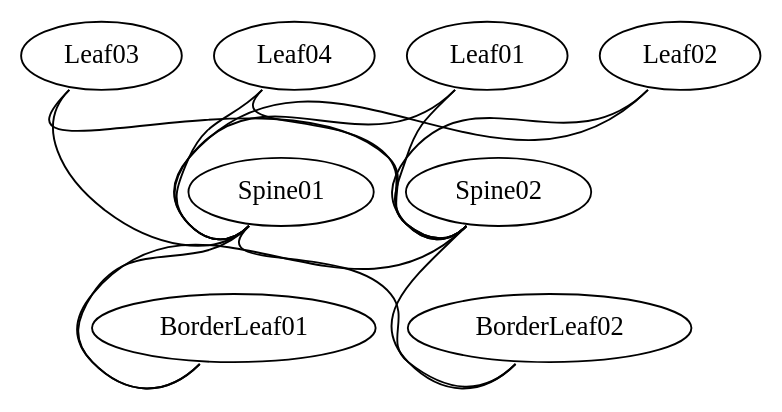
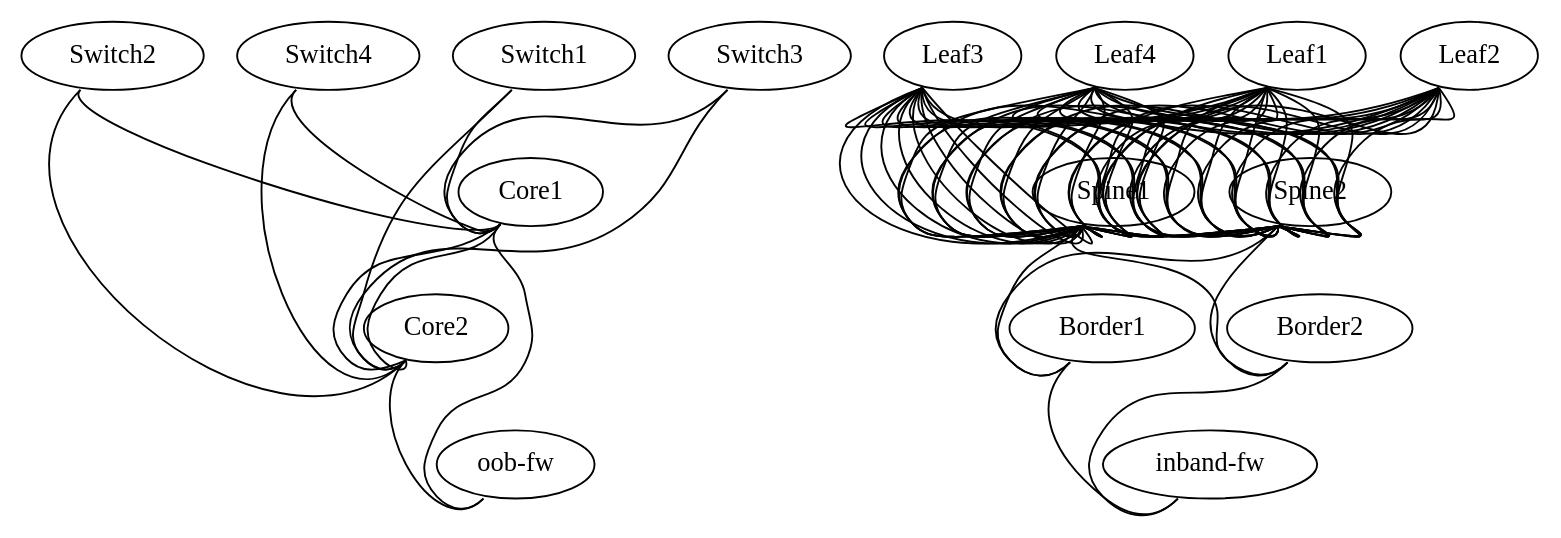
The diagram in cable-check/topology.dot (aliaydemir/lldpq), drawn with Graphviz before and after one commit. The commit also changed 13 other files, not shown here.

```diff
--- a/cable-check/topology.dot
+++ b/cable-check/topology.dot
@@ -1,65 +1,156 @@
 /*
  * =============================================================================
  * TOPOLOGY.DOT - LLDPq Expected Network Topology Definition
  * =============================================================================
  *
  * PURPOSE:
  *   This file defines the expected/designed network topology connections.
  *   Used by generate_topology.py and generate_topology_full.py to validate
  *   actual LLDP-discovered connections against the intended network design.
  *
  * FORMAT:
  *   GraphViz DOT format - defines network connections as graph edges
  *   "DeviceA":"InterfaceX" -- "DeviceB":"InterfaceY"
  *
  * USAGE:
  *   - Topology validation: Compare LLDP discoveries vs expected design
  *   - Missing link detection: Identify cables not connected as designed
  *   - Network documentation: Visual representation of intended topology
  *   - Change management: Track topology modifications over time
  *
  * VALIDATION LOGIC:
  *   - ✅ LLDP matches DOT: Connection is correct
  *   - ❌ LLDP missing from DOT: Unexpected connection found
  *   - ⚠️  DOT missing from LLDP: Expected connection not found (missing cable)
  *
  * SYNTAX:
  *   graph "NETWORK_NAME" {
  *     "Hostname1":"Interface1" -- "Hostname2":"Interface2"
  *     "Leaf01":"swp49" -- "Spine01":"swp1"
  *   }
  *
  * MAINTENANCE:
  *   - Add new connections when cables are installed
  *   - Remove connections when cables are removed  
  *   - Update when devices/interfaces are renamed
  *   - Keep synchronized with physical network changes
  *
  * NOTE:
- *   Hostnames must match those in devices.sh and assets.ini for proper
+ *   Hostnames must match those in devices.yaml and assets.ini for proper
  *   correlation. Interface names must match actual device interface naming.
  *
  * =============================================================================
  */
 
 graph "ACME" {
 
-# Leaf to Spine
+# OOB-Leaf to OOB-Spine
 
-"Leaf01":"swp49" -- "Spine01":"swp1"
-"Leaf01":"swp50" -- "Spine02":"swp1"
-"Leaf02":"swp49" -- "Spine01":"swp2"
-"Leaf02":"swp50" -- "Spine02":"swp2"
-"Leaf03":"swp49" -- "Spine01":"swp3"
-"Leaf03":"swp50" -- "Spine02":"swp3"
-"Leaf04":"swp49" -- "Spine01":"swp4"
-"Leaf04":"swp50" -- "Spine02":"swp4"
+"Switch1":"swp49" -- "Core1":"swp1"
+"Switch1":"swp50" -- "Core2":"swp1"
+"Switch2":"swp49" -- "Core1":"swp2"
+"Switch2":"swp50" -- "Core2":"swp2"
+"Switch3":"swp49" -- "Core1":"swp3"
+"Switch3":"swp50" -- "Core2":"swp3"
+"Switch4":"swp49" -- "Core1":"swp4"
+"Switch4":"swp50" -- "Core2":"swp4"
 
-# Spine to Border-Leaf
+# OOB-Spine to OOB-FW
 
-"Spine01":"swp29" -- "BorderLeaf01":"swp1"
-"Spine01":"swp30" -- "BorderLeaf02":"swp1"
-"Spine02":"swp29" -- "BorderLeaf01":"swp2"
-"Spine02":"swp30" -- "BorderLeaf02":"swp2"
+"Core1":"swp29" -- "oob-fw":"swp1"
+"Core2":"swp29" -- "oob-fw":"swp2"
+
+# OOB-Spine to OOB-Spine
+
+"Core1":"swp31" -- "Core2":"swp31"
+"Core1":"swp32" -- "Core2":"swp32"
+
+# TAN-Spine to Border-Leaf
+
+"Spine1":"swp64s0" -- "Border1":"swp1"
+"Spine1":"swp64s1" -- "Border2":"swp1"
+"Spine2":"swp64s0" -- "Border1":"swp2"
+"Spine2":"swp64s1" -- "Border2":"swp2"
+
+# Border-Leaf to inband-fw
+
+"Border1":"swp31" -- "inband-fw":"swp1"
+"Border2":"swp31" -- "inband-fw":"swp2"
+
+# TAN-Leaf to TAN-Leaf
+
+# TAN-Leaf to TAN-Spine
+
+"Leaf1":"swp55s0" -- "Spine1":"swp1s0"
+"Leaf1":"swp55s1" -- "Spine1":"swp1s1"
+"Leaf1":"swp56s0" -- "Spine1":"swp2s0"
+"Leaf1":"swp56s1" -- "Spine1":"swp2s1"
+"Leaf1":"swp57s0" -- "Spine1":"swp3s0"
+"Leaf1":"swp57s1" -- "Spine1":"swp3s1"
+"Leaf1":"swp58s0" -- "Spine1":"swp4s0"
+"Leaf1":"swp58s1" -- "Spine1":"swp4s1"
+
+"Leaf1":"swp59s0" -- "Spine2":"swp1s0"
+"Leaf1":"swp59s1" -- "Spine2":"swp1s1"
+"Leaf1":"swp60s0" -- "Spine2":"swp2s0"
+"Leaf1":"swp60s1" -- "Spine2":"swp2s1"
+"Leaf1":"swp61s0" -- "Spine2":"swp3s0"
+"Leaf1":"swp61s1" -- "Spine2":"swp3s1"
+"Leaf1":"swp62s0" -- "Spine2":"swp4s0"
+"Leaf1":"swp62s1" -- "Spine2":"swp4s1"
+
+"Leaf2":"swp55s0" -- "Spine1":"swp5s0"
+"Leaf2":"swp55s1" -- "Spine1":"swp5s1"
+"Leaf2":"swp56s0" -- "Spine1":"swp6s0"
+"Leaf2":"swp56s1" -- "Spine1":"swp6s1"
+"Leaf2":"swp57s0" -- "Spine1":"swp7s0"
+"Leaf2":"swp57s1" -- "Spine1":"swp7s1"
+"Leaf2":"swp58s0" -- "Spine1":"swp8s0"
+"Leaf2":"swp58s1" -- "Spine1":"swp8s1"
+
+"Leaf2":"swp59s0" -- "Spine2":"swp5s0"
+"Leaf2":"swp59s1" -- "Spine2":"swp5s1"
+"Leaf2":"swp60s0" -- "Spine2":"swp6s0"
+"Leaf2":"swp60s1" -- "Spine2":"swp6s1"
+"Leaf2":"swp61s0" -- "Spine2":"swp7s0"
+"Leaf2":"swp61s1" -- "Spine2":"swp7s1"
+"Leaf2":"swp62s0" -- "Spine2":"swp8s0"
+"Leaf2":"swp62s1" -- "Spine2":"swp8s1"
+
+"Leaf3":"swp55s0" -- "Spine1":"swp9s0"
+"Leaf3":"swp55s1" -- "Spine1":"swp9s1"
+"Leaf3":"swp56s0" -- "Spine1":"swp10s0"
+"Leaf3":"swp56s1" -- "Spine1":"swp10s1"
+"Leaf3":"swp57s0" -- "Spine1":"swp11s0"
+"Leaf3":"swp57s1" -- "Spine1":"swp11s1"
+"Leaf3":"swp58s0" -- "Spine1":"swp12s0"
+"Leaf3":"swp58s1" -- "Spine1":"swp12s1"
+
+"Leaf3":"swp59s0" -- "Spine2":"swp9s0"
+"Leaf3":"swp59s1" -- "Spine2":"swp9s1"
+"Leaf3":"swp60s0" -- "Spine2":"swp10s0"
+"Leaf3":"swp60s1" -- "Spine2":"swp10s1"
+"Leaf3":"swp61s0" -- "Spine2":"swp11s0"
+"Leaf3":"swp61s1" -- "Spine2":"swp11s1"
+"Leaf3":"swp62s0" -- "Spine2":"swp12s0"
+"Leaf3":"swp62s1" -- "Spine2":"swp12s1"
+
+"Leaf4":"swp55s0" -- "Spine1":"swp13s0"
+"Leaf4":"swp55s1" -- "Spine1":"swp13s1"
+"Leaf4":"swp56s0" -- "Spine1":"swp14s0"
+"Leaf4":"swp56s1" -- "Spine1":"swp14s1"
+"Leaf4":"swp57s0" -- "Spine1":"swp15s0"
+"Leaf4":"swp57s1" -- "Spine1":"swp15s1"
+"Leaf4":"swp58s0" -- "Spine1":"swp16s0"
+"Leaf4":"swp58s1" -- "Spine1":"swp16s1"
+
+"Leaf4":"swp59s0" -- "Spine2":"swp13s0"
+"Leaf4":"swp59s1" -- "Spine2":"swp13s1"
+"Leaf4":"swp60s0" -- "Spine2":"swp14s0"
+"Leaf4":"swp60s1" -- "Spine2":"swp14s1"
+"Leaf4":"swp61s0" -- "Spine2":"swp15s0"
+"Leaf4":"swp61s1" -- "Spine2":"swp15s1"
+"Leaf4":"swp62s0" -- "Spine2":"swp16s0"
+"Leaf4":"swp62s1" -- "Spine2":"swp16s1"
 
 }
```
